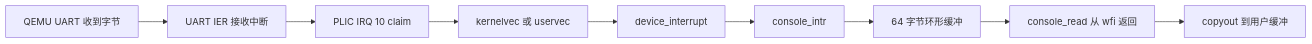
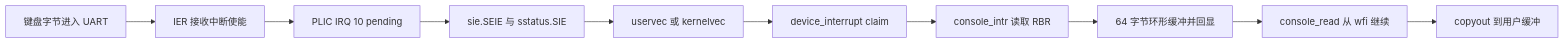
The second of 2 diagrams in notes/lab2/design.md (Neyray/oslab), drawn with Mermaid before and after one commit. The commit also changed other lines of this file and 3 other files, not shown here.

````diff
--- a/notes/lab2/design.md
+++ b/notes/lab2/design.md
@@ -24,11 +85,12 @@
 ```mermaid
 flowchart LR
-    A[QEMU UART 收到字节] --> B[UART IER 接收中断]
-    B --> C[PLIC IRQ 10 claim]
-    C --> D[kernelvec 或 uservec]
-    D --> E[device_interrupt]
-    E --> F[console_intr]
-    F --> G[64 字节环形缓冲]
-    G --> H[console_read 从 wfi 返回]
-    H --> I[copyout 到用户缓冲]
+    A[键盘字节进入 UART] --> B[IER 接收中断使能]
+    B --> C[PLIC IRQ 10 pending]
+    C --> D[sie.SEIE 与 sstatus.SIE]
+    D --> E[uservec 或 kernelvec]
+    E --> F[device_interrupt claim]
+    F --> G[console_intr 读取 RBR]
+    G --> H[64 字节环形缓冲并回显]
+    H --> I[console_read 从 wfi 继续]
+    I --> J[copyout 到用户缓冲]
 ```
````
